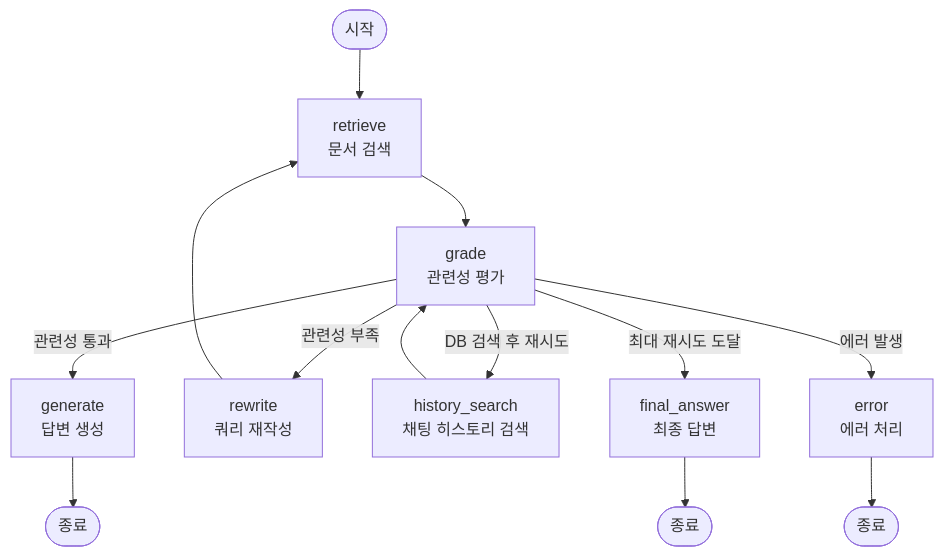
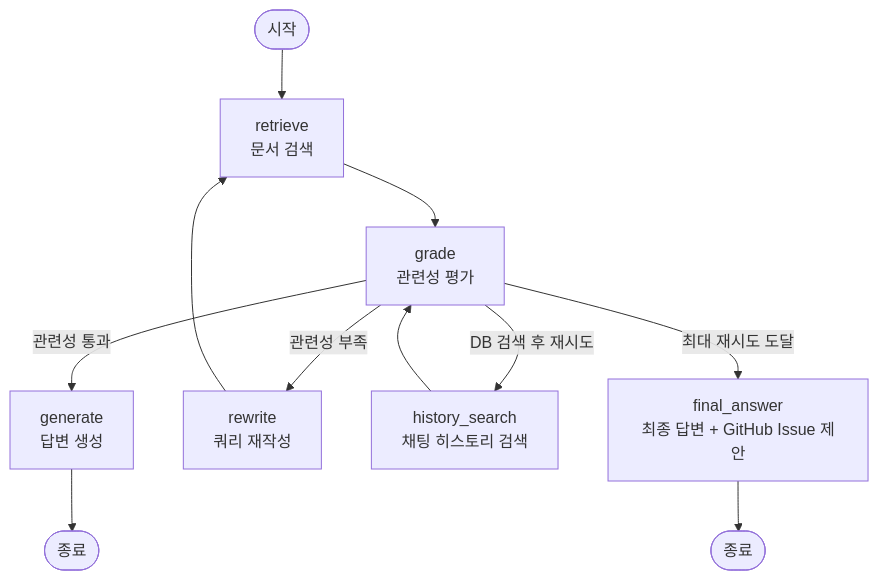
One commit to palendy/02_AI_Agent changed the second of 2 diagrams in 02_chatbot_agent/README.md. Above: the diagram before and after it, drawn with Mermaid. The commit also changed other lines of this file and 1 other file, not shown here.

First line of the commit message:
refactor: error 노드 제거 및 워크플로우 단순화

````diff
--- a/02_chatbot_agent/README.md
+++ b/02_chatbot_agent/README.md
@@ -102,18 +104,16 @@
 ```mermaid
 graph TD
     START([시작]) --> retrieve[retrieve<br/>문서 검색]
     retrieve --> grade[grade<br/>관련성 평가]
     
     grade -->|관련성 통과| generate[generate<br/>답변 생성]
     grade -->|관련성 부족| rewrite[rewrite<br/>쿼리 재작성]
     grade -->|DB 검색 후 재시도| history_search[history_search<br/>채팅 히스토리 검색]
-    grade -->|최대 재시도 도달| final_answer[final_answer<br/>최종 답변]
-    grade -->|에러 발생| error[error<br/>에러 처리]
+    grade -->|최대 재시도 도달| final_answer[final_answer<br/>최종 답변 + GitHub Issue 제안]
     
     rewrite --> retrieve
     history_search --> grade
     
     generate --> END1([종료])
     final_answer --> END2([종료])
-    error --> END3([종료])
 ```
````
